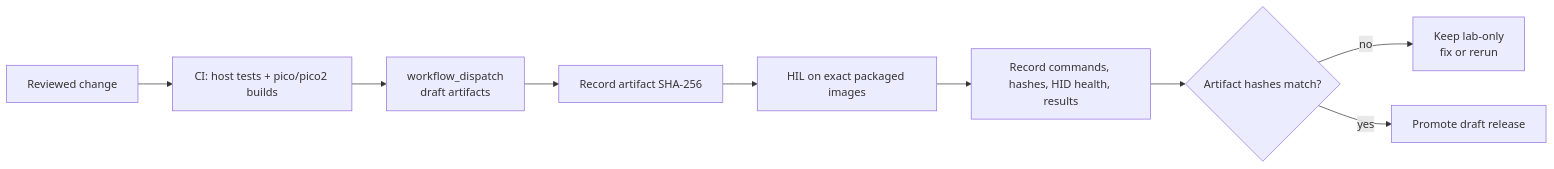
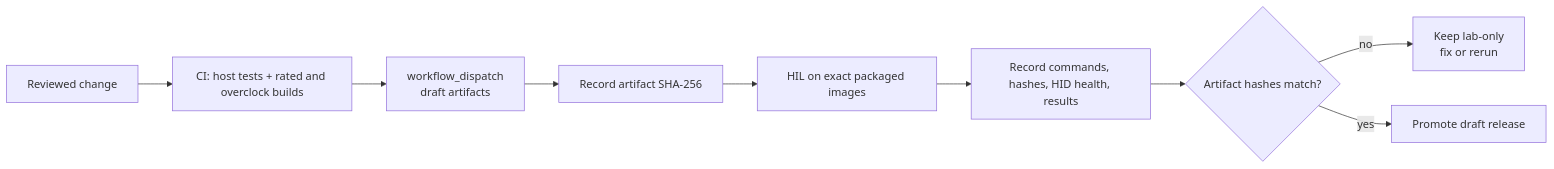
The diagram in docs/releasing.md (djwinter29-oss/PicoUart), drawn with Mermaid before and after one commit. The commit also changed other lines of this file and 14 other files, not shown here.

````diff
--- a/docs/releasing.md
+++ b/docs/releasing.md
@@ -19,11 +21,11 @@
 ```mermaid
 flowchart LR
-   Change["Reviewed change"] --> CI["CI: host tests + pico/pico2 builds"]
+   Change["Reviewed change"] --> CI["CI: host tests + rated and overclock builds"]
    CI --> DryRun["workflow_dispatch\ndraft artifacts"]
    DryRun --> Hash["Record artifact SHA-256"]
    Hash --> HIL["HIL on exact packaged images"]
    HIL --> Results["Record commands, hashes, HID health, results"]
    Results --> Compare{"Artifact hashes match?"}
    Compare -->|no| Stop["Keep lab-only\nfix or rerun"]
    Compare -->|yes| Promote["Promote draft release"]
 ```
````
